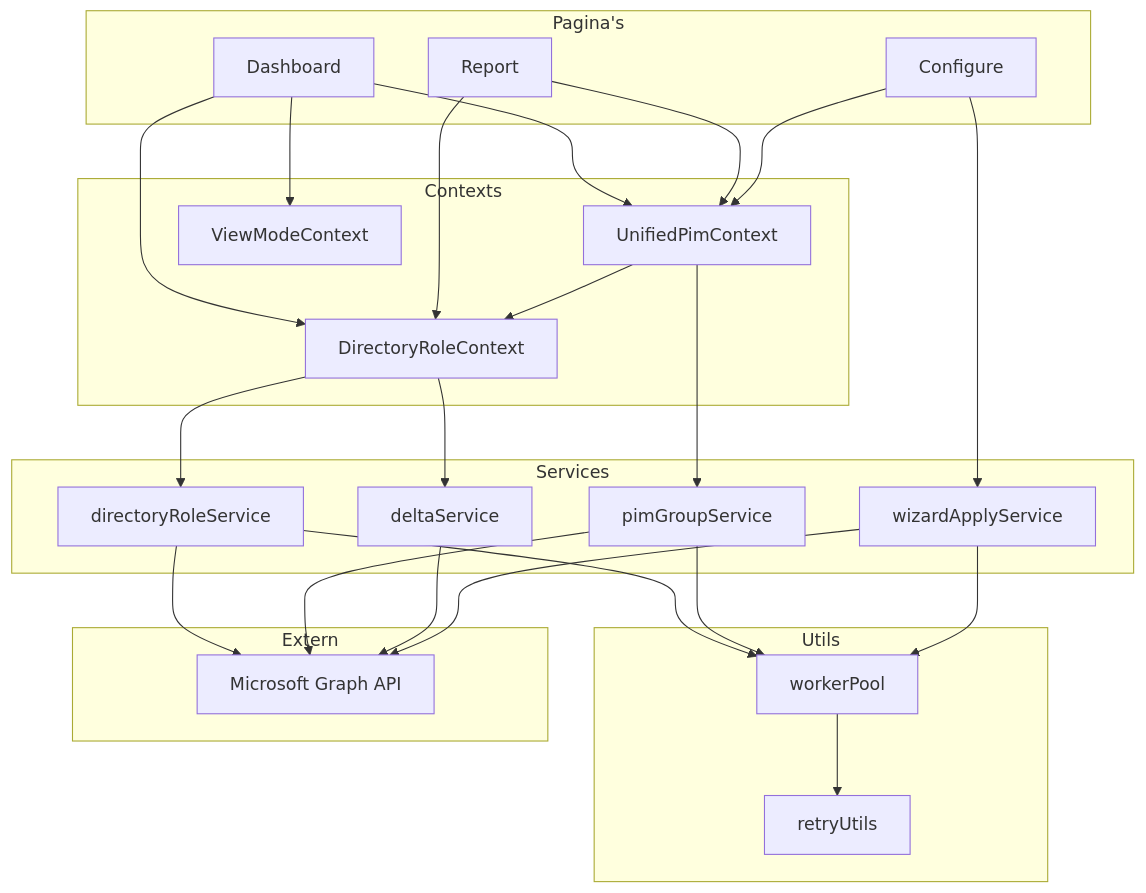
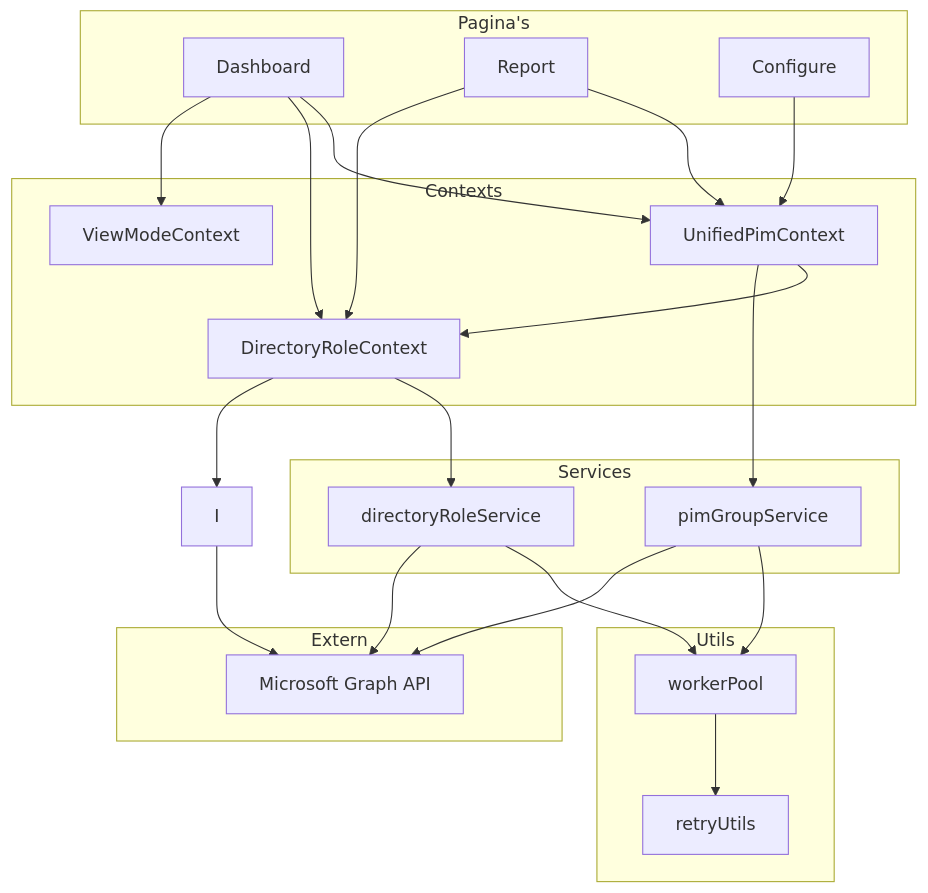
Before and after one commit to 0125joel/PIM-Manager: the diagram in docs/nl/02-mappenstructuur.md, drawn with Mermaid. The commit also changed other lines of this file and 641 other files, not shown here.

````diff
--- a/docs/nl/02-mappenstructuur.md
+++ b/docs/nl/02-mappenstructuur.md
@@ -213,50 +194,45 @@
 ```mermaid
 flowchart TD
     subgraph "Pagina's"
         A[Dashboard]
         B[Report]
         C[Configure]
     end
 
     subgraph "Contexts"
         D[UnifiedPimContext]
         E[DirectoryRoleContext]
         F[ViewModeContext]
     end
 
     subgraph "Services"
         G[directoryRoleService]
         H[pimGroupService]
-        I[deltaService]
-        J[wizardApplyService]
     end
 
     subgraph "Utils"
         K[workerPool]
         L[retryUtils]
     end
 
     subgraph "Extern"
         M[Microsoft Graph API]
     end
 
     A --> D
     A --> E
     A --> F
     B --> D
     B --> E
     C --> D
-    C --> J
     D --> E
     D --> H
     E --> G
     E --> I
     G --> K
     G --> M
     H --> K
     H --> M
     I --> M
-    J --> K
-    J --> M
     K --> L
 ```
````
